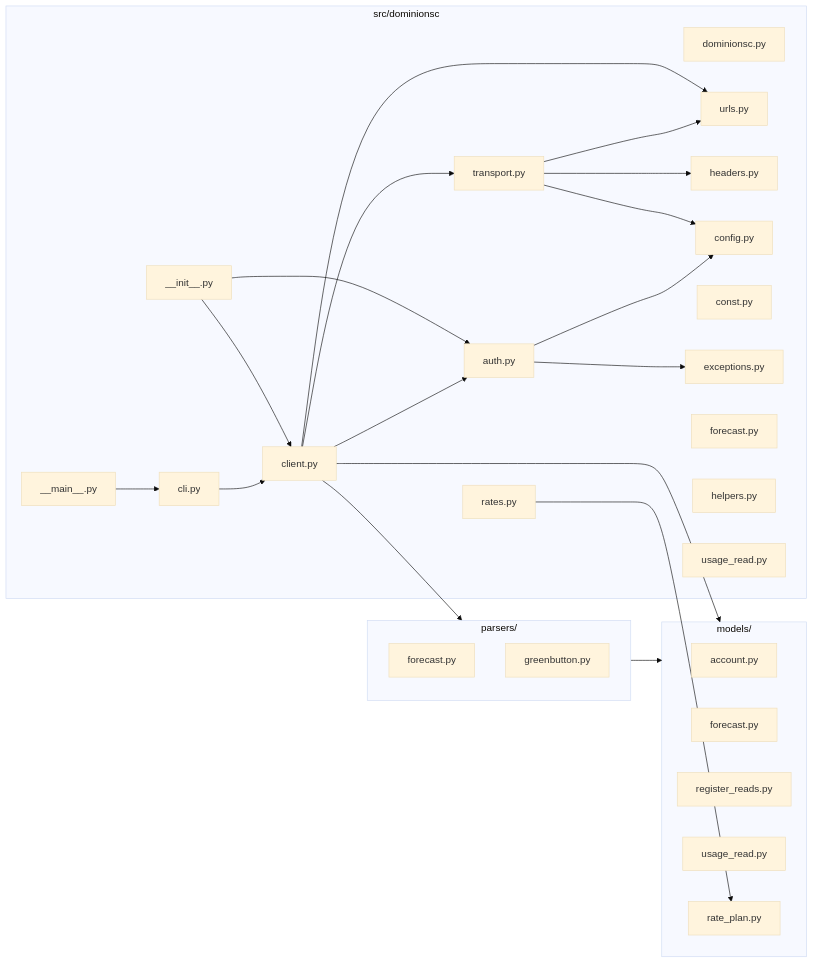
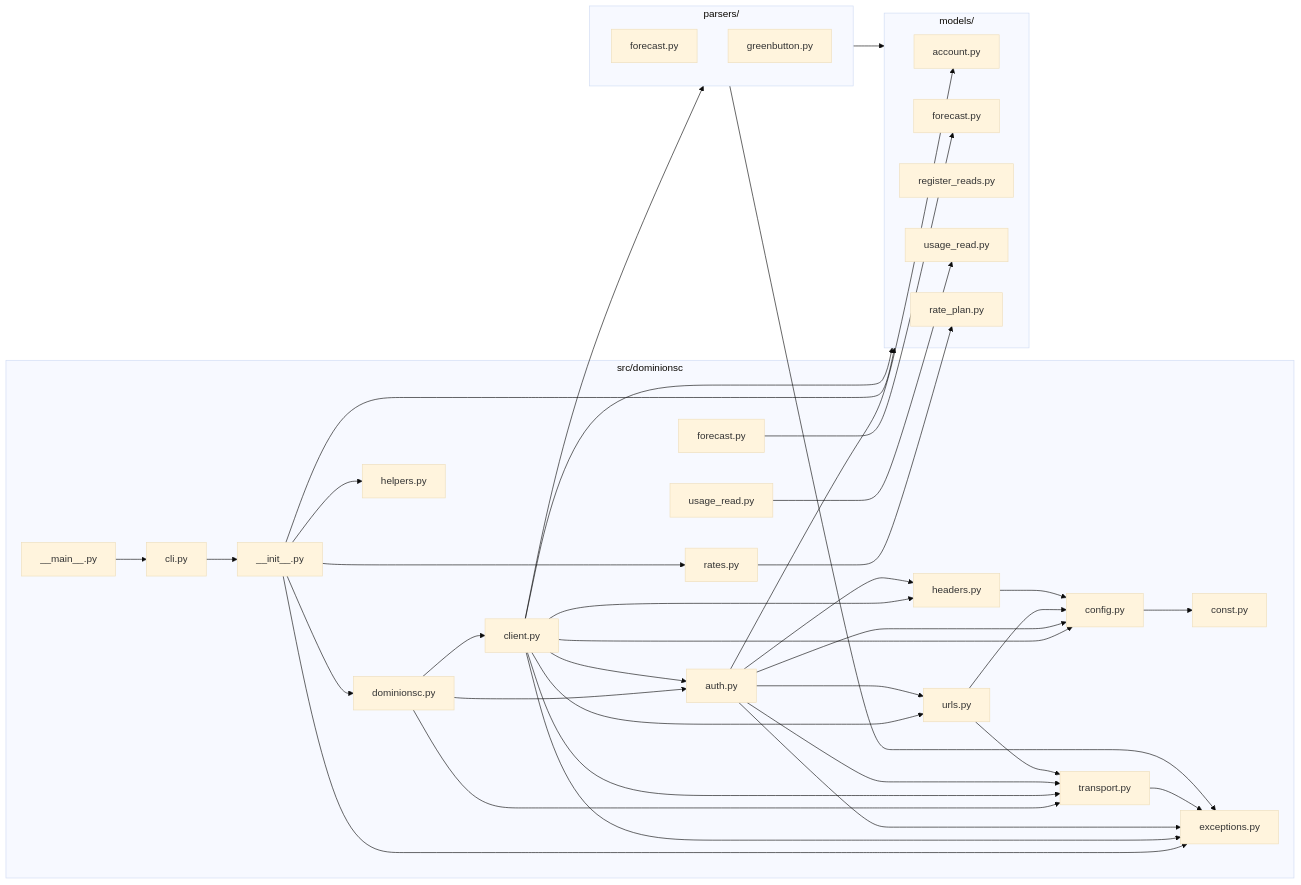
The diagram in docs/architecture/02-components.md (hype8912/dominion-sc-power), drawn with Mermaid (base theme) before and after one commit. The commit also changed other lines of this file and 20 other files, not shown here.

````diff
--- a/docs/architecture/02-components.md
+++ b/docs/architecture/02-components.md
@@ -40,51 +43,69 @@
 ```mermaid
 flowchart LR
     subgraph Package["src/dominionsc"]
         Init["__init__.py"]
         DominionscMod["dominionsc.py"]
         Auth["auth.py"]
         Client["client.py"]
         CLI["cli.py"]
         Transport["transport.py"]
         URLs["urls.py"]
         Headers["headers.py"]
         Config["config.py"]
         Const["const.py"]
         Exceptions["exceptions.py"]
         ForecastMod["forecast.py"]
         Helpers["helpers.py"]
         UsageReadMod["usage_read.py"]
         Rates["rates.py"]
         Main["__main__.py"]
     end
 
     subgraph Models["models/"]
         M_Account["account.py"]
         M_Forecast["forecast.py"]
         M_RegReads["register_reads.py"]
         M_Usage["usage_read.py"]
         M_RatePlan["rate_plan.py"]
     end
 
     subgraph Parsers["parsers/"]
         P_Forecast["forecast.py"]
         P_Green["greenbutton.py"]
     end
 
-    Init --> Client
-    Init --> Auth
+    Init --> DominionscMod
+    Init --> Exceptions
+    Init --> Helpers
+    Init --> Rates
+    Init --> Models
+    DominionscMod --> Client
+    DominionscMod --> Auth
+    DominionscMod --> Transport
+    ForecastMod --> M_Forecast
+    UsageReadMod --> M_Usage
+    Client --> Auth
     Client --> Transport
-    Client --> Auth
     Client --> URLs
+    Client --> Headers
+    Client --> Config
+    Client --> Exceptions
     Client --> Parsers
     Client --> Models
-    CLI --> Client
-    Transport --> URLs
-    Transport --> Headers
-    Transport --> Config
+    Auth --> Transport
+    Auth --> URLs
+    Auth --> Headers
     Auth --> Config
     Auth --> Exceptions
+    Auth --> M_Account
+    URLs --> Config
+    URLs --> Transport
+    Headers --> Config
+    Config --> Const
+    Transport --> Exceptions
     Parsers --> Models
+    Parsers --> Exceptions
+    CLI --> Init
     Main --> CLI
     Rates --> M_RatePlan
 ```
````
